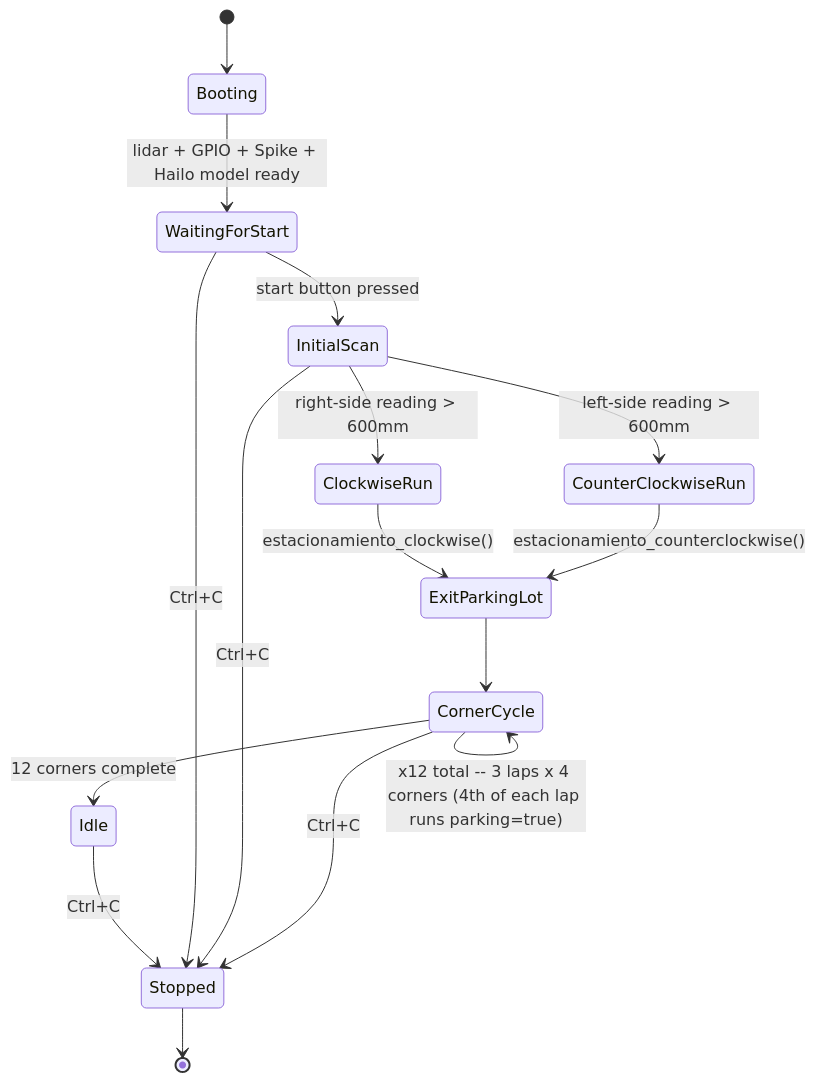
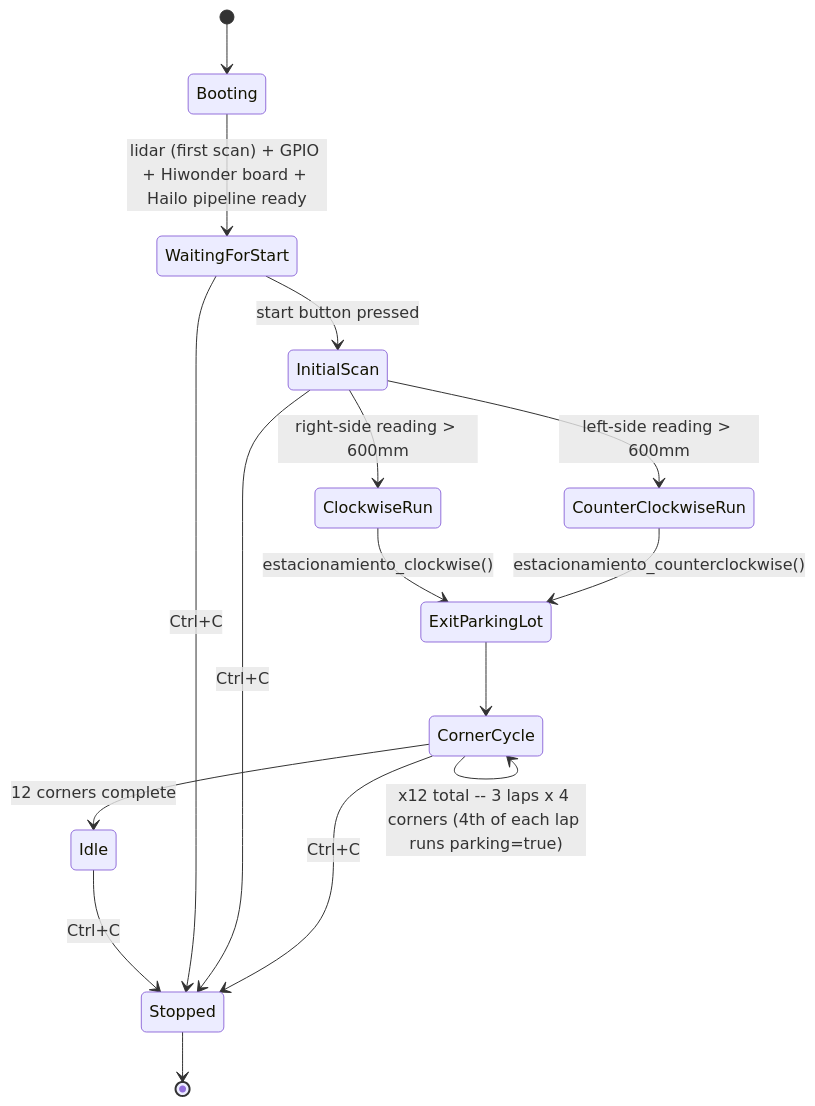
One commit to alex309-duarte/WRO_Future_Engineers_Queretaro_CSS changed the third of 4 diagrams in README.md. Above: the diagram before and after it, drawn with Mermaid. The commit also changed other lines of this file and 19 other files, not shown here.

````diff
--- a/README.md
+++ b/README.md
@@ -829,18 +888,18 @@
 ```mermaid
 stateDiagram-v2
     [*] --> Booting
-    Booting --> WaitingForStart: lidar + GPIO + Spike + Hailo model ready
+    Booting --> WaitingForStart: lidar (first scan) + GPIO + Hiwonder board + Hailo pipeline ready
     WaitingForStart --> InitialScan: start button pressed
     InitialScan --> ClockwiseRun: right-side reading > 600mm
     InitialScan --> CounterClockwiseRun: left-side reading > 600mm
     ClockwiseRun --> ExitParkingLot: estacionamiento_clockwise()
     CounterClockwiseRun --> ExitParkingLot: estacionamiento_counterclockwise()
     ExitParkingLot --> CornerCycle
     CornerCycle --> CornerCycle: x12 total -- 3 laps x 4 corners (4th of each lap runs parking=true)
     CornerCycle --> Idle: 12 corners complete
     Idle --> Stopped: Ctrl+C
     WaitingForStart --> Stopped: Ctrl+C
     InitialScan --> Stopped: Ctrl+C
     CornerCycle --> Stopped: Ctrl+C
     Stopped --> [*]
 ```
````
